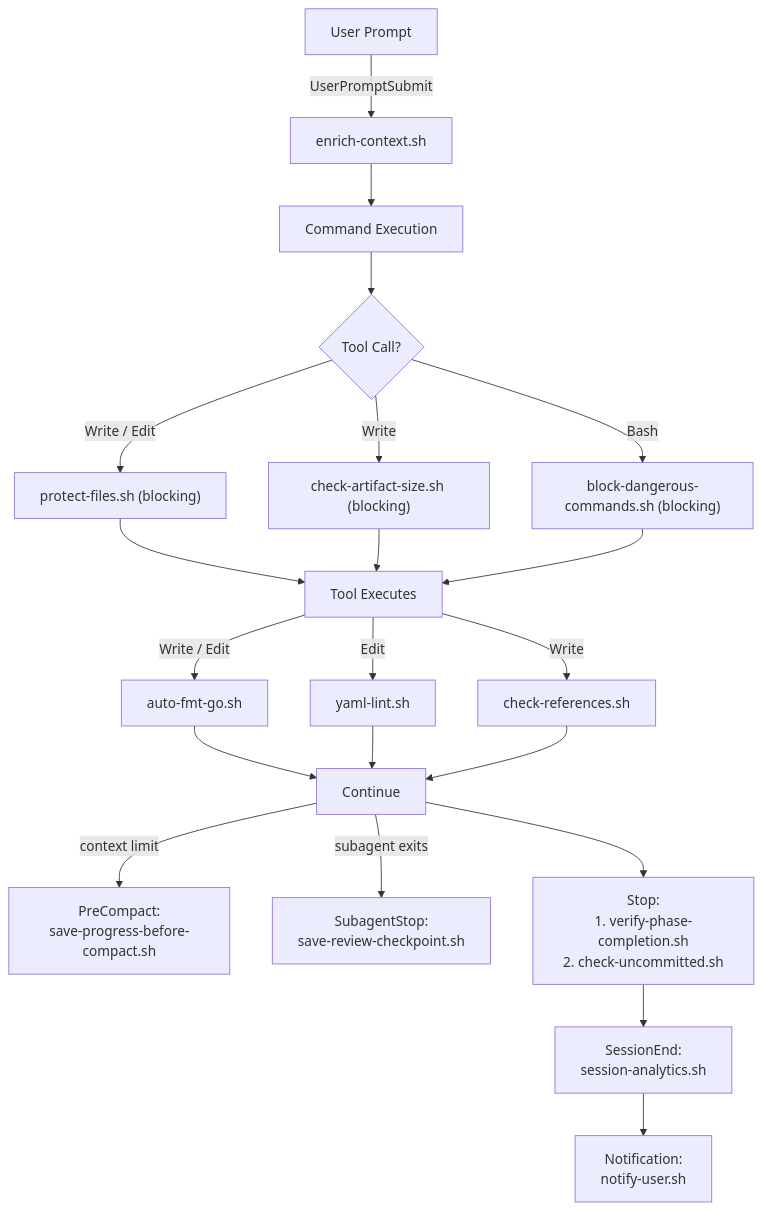
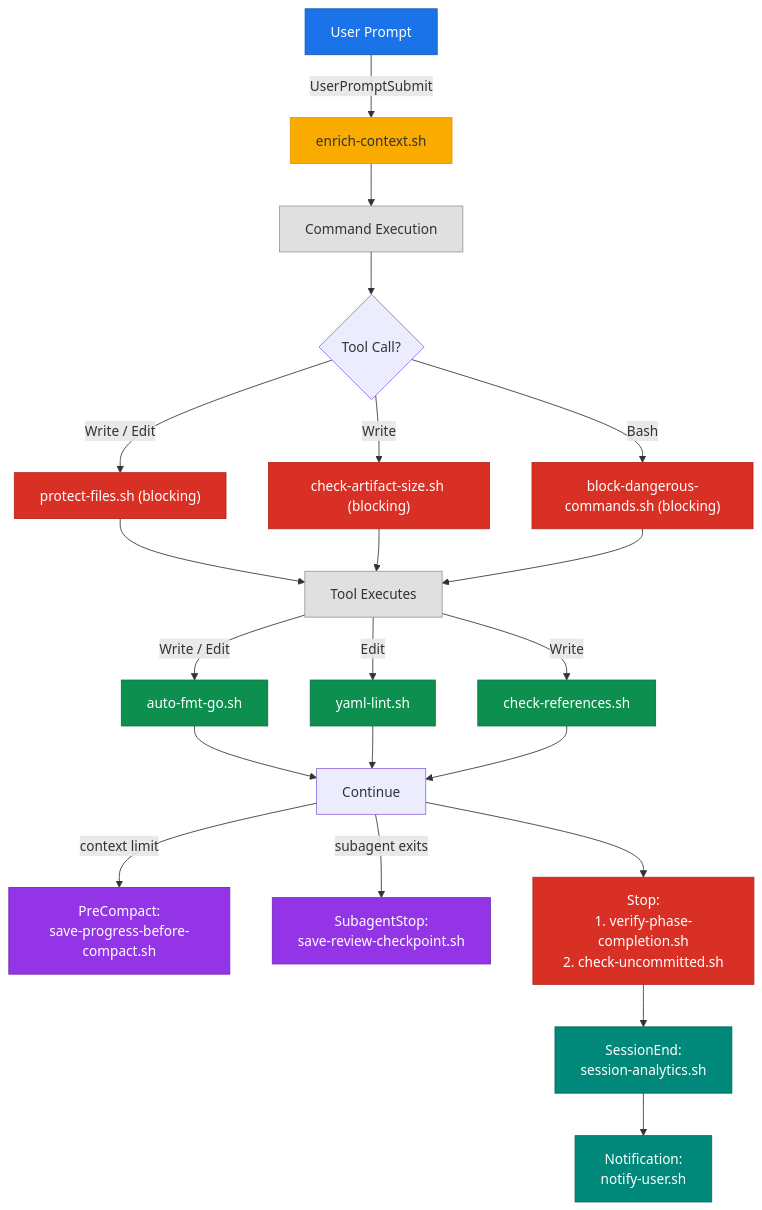
Before and after one commit to hex0xdeadbeef/claude-kit: the fifth of 5 diagrams in README.md, drawn with Mermaid. The commit also changed other lines of this file, not shown here.

````diff
--- a/README.md
+++ b/README.md
@@ -334,29 +351,45 @@
 ```mermaid
 flowchart TB
     UP["User Prompt"] -->|UserPromptSubmit| ENR["enrich-context.sh"]
     ENR --> CMD["Command Execution"]
 
     CMD --> TOOL{"Tool Call?"}
     TOOL -->|"Write / Edit"| PRE1["protect-files.sh (blocking)"]
     TOOL -->|Write| PRE2["check-artifact-size.sh (blocking)"]
     TOOL -->|Bash| PRE3["block-dangerous-commands.sh (blocking)"]
 
     PRE1 --> EXEC["Tool Executes"]
     PRE2 --> EXEC
     PRE3 --> EXEC
 
     EXEC -->|"Write / Edit"| POST1["auto-fmt-go.sh"]
     EXEC -->|Edit| POST2["yaml-lint.sh"]
     EXEC -->|Write| POST3["check-references.sh"]
 
     POST1 --> CONT["Continue"]
     POST2 --> CONT
     POST3 --> CONT
 
     CONT -->|"context limit"| COMPACT["PreCompact:<br/>save-progress-before-compact.sh"]
     CONT -->|"subagent exits"| SUBSTOP["SubagentStop:<br/>save-review-checkpoint.sh"]
     CONT --> STOP["Stop:<br/>1. verify-phase-completion.sh<br/>2. check-uncommitted.sh"]
 
     STOP --> SESS["SessionEnd:<br/>session-analytics.sh"]
     SESS --> NOTIFY["Notification:<br/>notify-user.sh"]
+
+    style UP fill:#1a73e8,color:#fff,stroke:#1557b0
+    style ENR fill:#f9ab00,color:#333,stroke:#e69500
+    style CMD fill:#e0e0e0,color:#333,stroke:#999
+    style PRE1 fill:#d93025,color:#fff,stroke:#b3261e
+    style PRE2 fill:#d93025,color:#fff,stroke:#b3261e
+    style PRE3 fill:#d93025,color:#fff,stroke:#b3261e
+    style EXEC fill:#e0e0e0,color:#333,stroke:#999
+    style POST1 fill:#0d904f,color:#fff,stroke:#0a7040
+    style POST2 fill:#0d904f,color:#fff,stroke:#0a7040
+    style POST3 fill:#0d904f,color:#fff,stroke:#0a7040
+    style COMPACT fill:#9334e6,color:#fff,stroke:#7627bb
+    style SUBSTOP fill:#9334e6,color:#fff,stroke:#7627bb
+    style STOP fill:#d93025,color:#fff,stroke:#b3261e
+    style SESS fill:#00897b,color:#fff,stroke:#00695c
+    style NOTIFY fill:#00897b,color:#fff,stroke:#00695c
 ```
````
